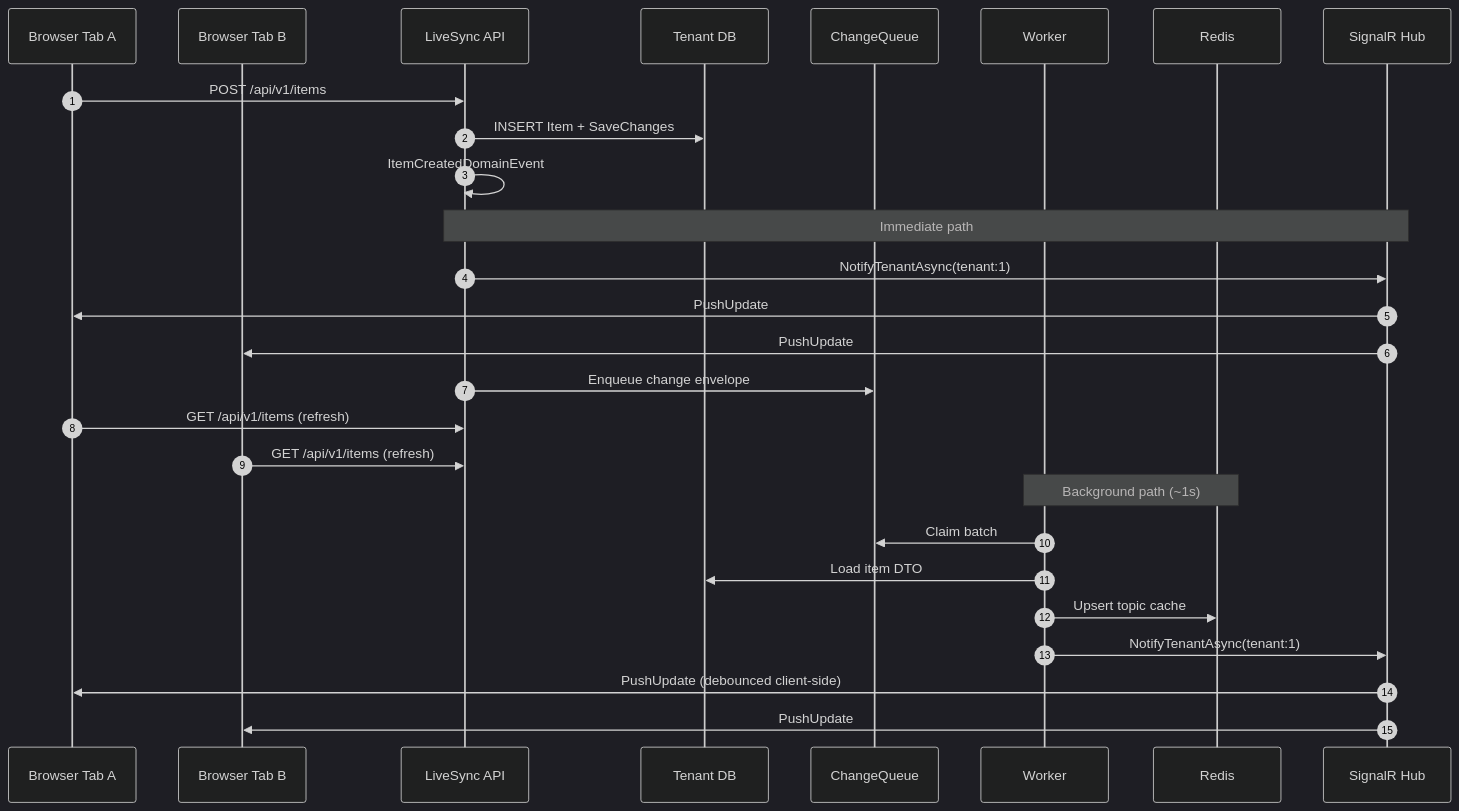
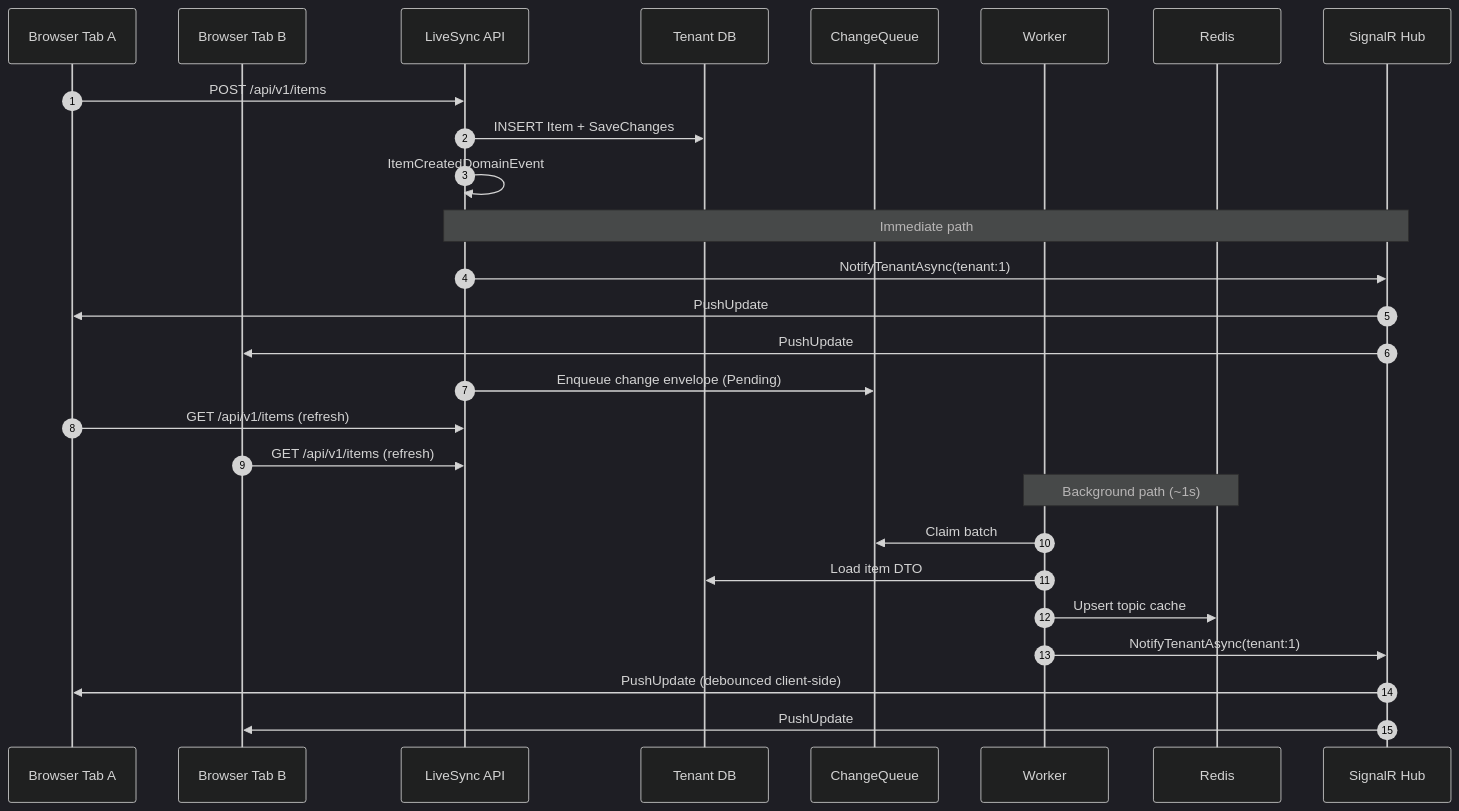
The diagram in LiveSync.PushPlatform/docs/real-time-sync.md (ismayilov449/LiveSync), drawn with Mermaid (dark theme) before and after one commit. The commit also changed other lines of this file and 94 other files, not shown here.

````diff
--- a/LiveSync.PushPlatform/docs/real-time-sync.md
+++ b/LiveSync.PushPlatform/docs/real-time-sync.md
@@ -16,31 +30,31 @@
 ```mermaid
 sequenceDiagram
     autonumber
     participant TabA as Browser Tab A
     participant TabB as Browser Tab B
     participant API as LiveSync API
     participant DB as Tenant DB
     participant Q as ChangeQueue
     participant W as Worker
     participant Redis as Redis
     participant Hub as SignalR Hub
 
     TabA->>API: POST /api/v1/items
     API->>DB: INSERT Item + SaveChanges
     API->>API: ItemCreatedDomainEvent
   Note over API,Hub: Immediate path
     API->>Hub: NotifyTenantAsync(tenant:1)
     Hub->>TabA: PushUpdate
     Hub->>TabB: PushUpdate
-    API->>Q: Enqueue change envelope
+    API->>Q: Enqueue change envelope (Pending)
     TabA->>API: GET /api/v1/items (refresh)
     TabB->>API: GET /api/v1/items (refresh)
 
   Note over W,Redis: Background path (~1s)
     W->>Q: Claim batch
     W->>DB: Load item DTO
     W->>Redis: Upsert topic cache
     W->>Hub: NotifyTenantAsync(tenant:1)
     Hub->>TabA: PushUpdate (debounced client-side)
     Hub->>TabB: PushUpdate
 ```
````
